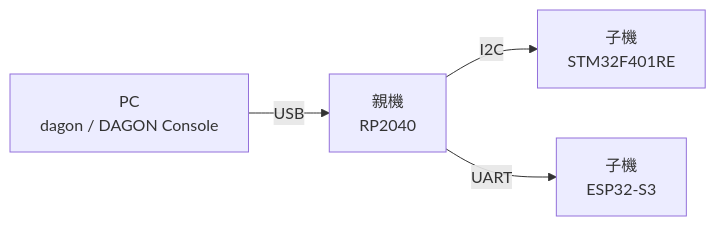
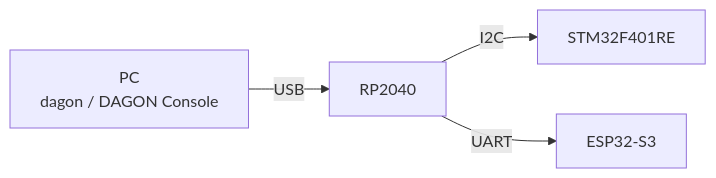
The diagram in README.md (c-ardinal/DAGON-Boot), drawn with Mermaid before and after one commit. The commit also changed other lines of this file and 6 other files, not shown here.

````diff
--- a/README.md
+++ b/README.md
@@ -130,6 +130,6 @@
 ```mermaid
 flowchart LR
-  PC["PC<br>dagon / DAGON Console"] -- USB --> HUB["親機<br>RP2040"]
-  HUB -- I2C --> SEG["子機<br>STM32F401RE"]
-  HUB -- UART --> WATCH["子機<br>ESP32-S3"]
+  PC["PC<br>dagon / DAGON Console"] -- USB --> HUB["RP2040"]
+  HUB -- I2C --> SEG["STM32F401RE"]
+  HUB -- UART --> WATCH["ESP32-S3"]
 ```
````
